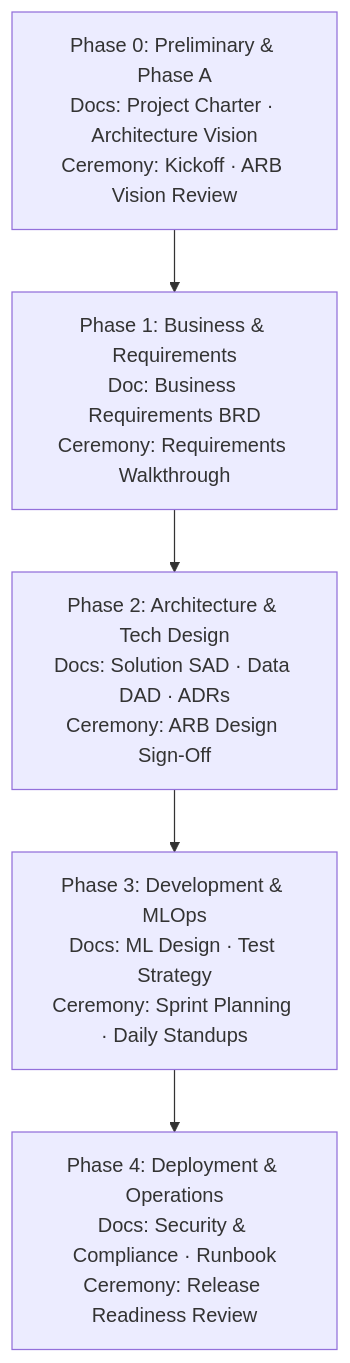
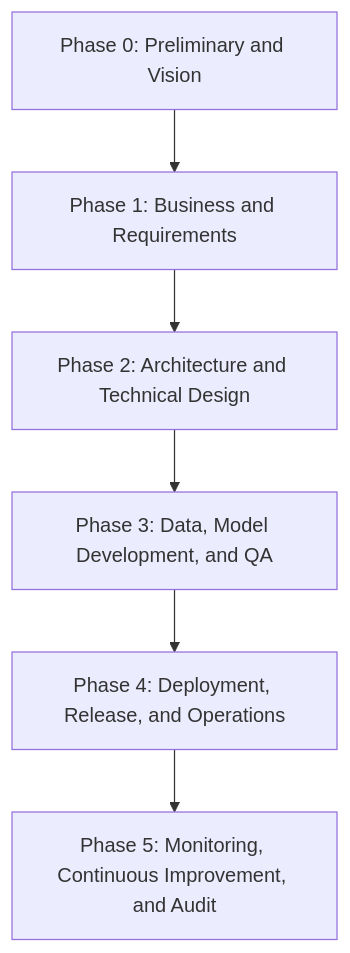
Before and after one commit to mittalpk/ARGUS: the diagram in docs/project_runbook.md, drawn with Mermaid. The commit also changed other lines of this file and 2 other files, not shown here.

Commit message:
docs: add Phase 1 Requirements Walkthrough and align README structure

````diff
--- a/docs/project_runbook.md
+++ b/docs/project_runbook.md
@@ -12,8 +30,8 @@
 ```mermaid
 graph TD
-    A[Phase 0: Preliminary & Phase A<br>Docs: Project Charter · Architecture Vision<br>Ceremony: Kickoff · ARB Vision Review] -->
-    B[Phase 1: Business & Requirements<br>Doc: Business Requirements BRD<br>Ceremony: Requirements Walkthrough] -->
-    C[Phase 2: Architecture & Tech Design<br>Docs: Solution SAD · Data DAD · ADRs<br>Ceremony: ARB Design Sign-Off] -->
-    D[Phase 3: Development & MLOps<br>Docs: ML Design · Test Strategy<br>Ceremony: Sprint Planning · Daily Standups] -->
-    E[Phase 4: Deployment & Operations<br>Docs: Security & Compliance · Runbook<br>Ceremony: Release Readiness Review]
+    A[Phase 0: Preliminary and Vision] --> B[Phase 1: Business and Requirements]
+    B --> C[Phase 2: Architecture and Technical Design]
+    C --> D[Phase 3: Data, Model Development, and QA]
+    D --> E[Phase 4: Deployment, Release, and Operations]
+    E --> F[Phase 5: Monitoring, Continuous Improvement, and Audit]
 ```
````
